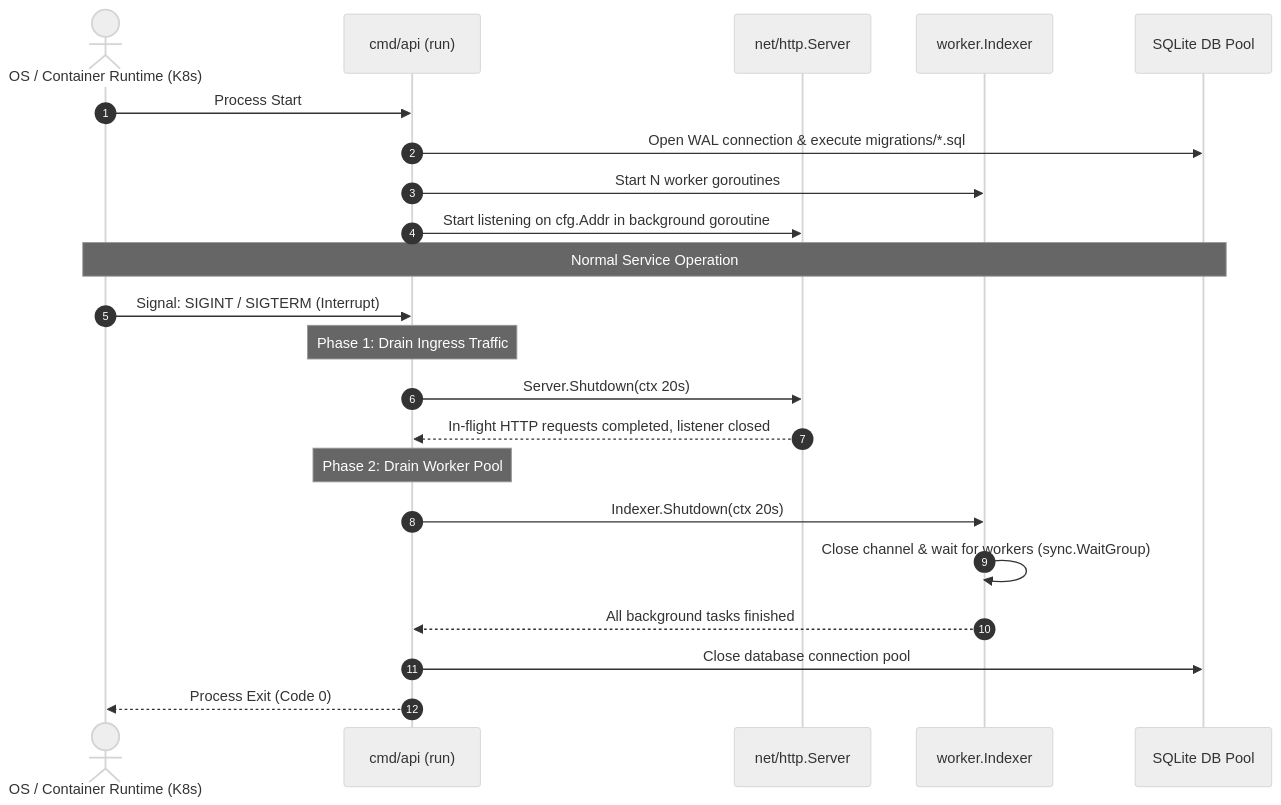
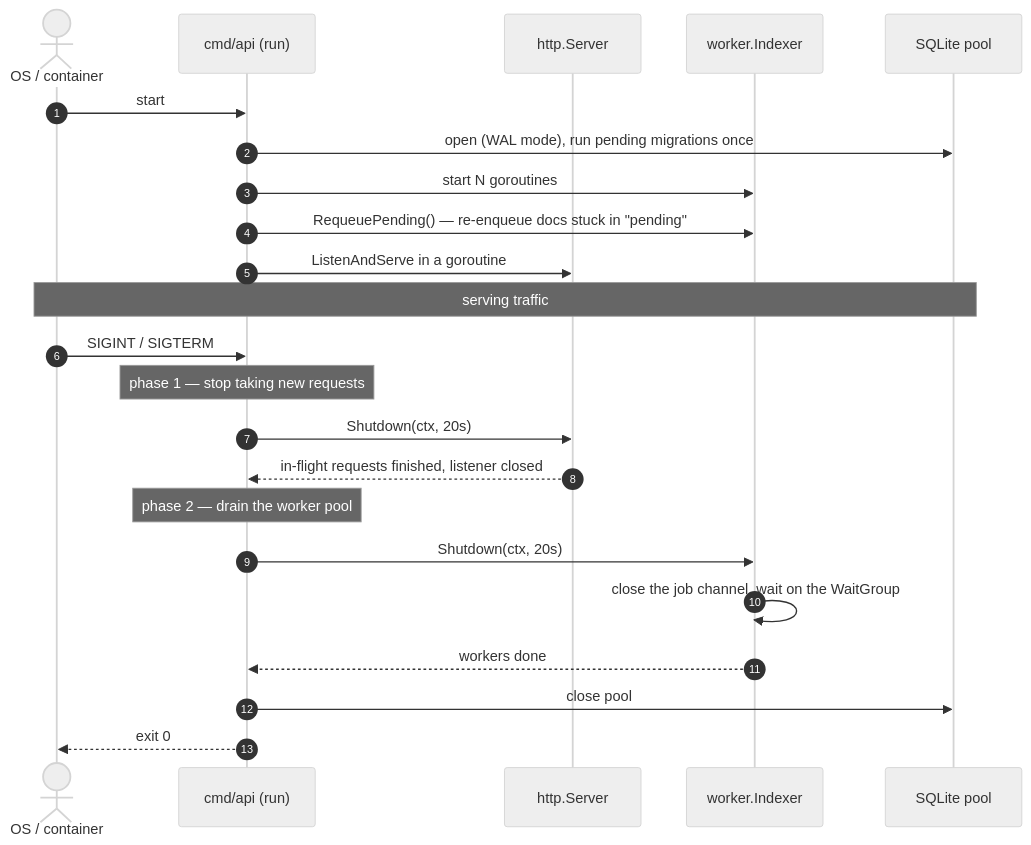
Before and after one commit to nhhthong/godocs: the second of 2 diagrams in resources/FLOW.md, drawn with Mermaid (neutral theme). The commit also changed other lines of this file and 28 other files, not shown here.

````diff
--- a/resources/FLOW.md
+++ b/resources/FLOW.md
@@ -88,29 +99,30 @@
 ```mermaid
 sequenceDiagram
     autonumber
-    actor OS as OS / Container Runtime (K8s)
+    actor OS as OS / container
     participant Main as cmd/api (run)
-    participant Server as net/http.Server
+    participant Server as http.Server
     participant Workers as worker.Indexer
-    participant DB as SQLite DB Pool
+    participant DB as SQLite pool
 
-    OS->>Main: Process Start
-    Main->>DB: Open WAL connection & execute migrations/*.sql
-    Main->>Workers: Start N worker goroutines
-    Main->>Server: Start listening on cfg.Addr in background goroutine
+    OS->>Main: start
+    Main->>DB: open (WAL mode), run pending migrations once
+    Main->>Workers: start N goroutines
+    Main->>Workers: RequeuePending() — re-enqueue docs stuck in "pending"
+    Main->>Server: ListenAndServe in a goroutine
 
-    Note over OS,DB: Normal Service Operation
+    Note over OS,DB: serving traffic
 
-    OS->>Main: Signal: SIGINT / SIGTERM (Interrupt)
-    Note over Main: Phase 1: Drain Ingress Traffic
-    Main->>Server: Server.Shutdown(ctx 20s)
-    Server-->>Main: In-flight HTTP requests completed, listener closed
+    OS->>Main: SIGINT / SIGTERM
+    Note over Main: phase 1 — stop taking new requests
+    Main->>Server: Shutdown(ctx, 20s)
+    Server-->>Main: in-flight requests finished, listener closed
 
-    Note over Main: Phase 2: Drain Worker Pool
-    Main->>Workers: Indexer.Shutdown(ctx 20s)
-    Workers->>Workers: Close channel & wait for workers (sync.WaitGroup)
-    Workers-->>Main: All background tasks finished
+    Note over Main: phase 2 — drain the worker pool
+    Main->>Workers: Shutdown(ctx, 20s)
+    Workers->>Workers: close the job channel, wait on the WaitGroup
+    Workers-->>Main: workers done
 
-    Main->>DB: Close database connection pool
-    Main-->>OS: Process Exit (Code 0)
+    Main->>DB: close pool
+    Main-->>OS: exit 0
 ```
````
